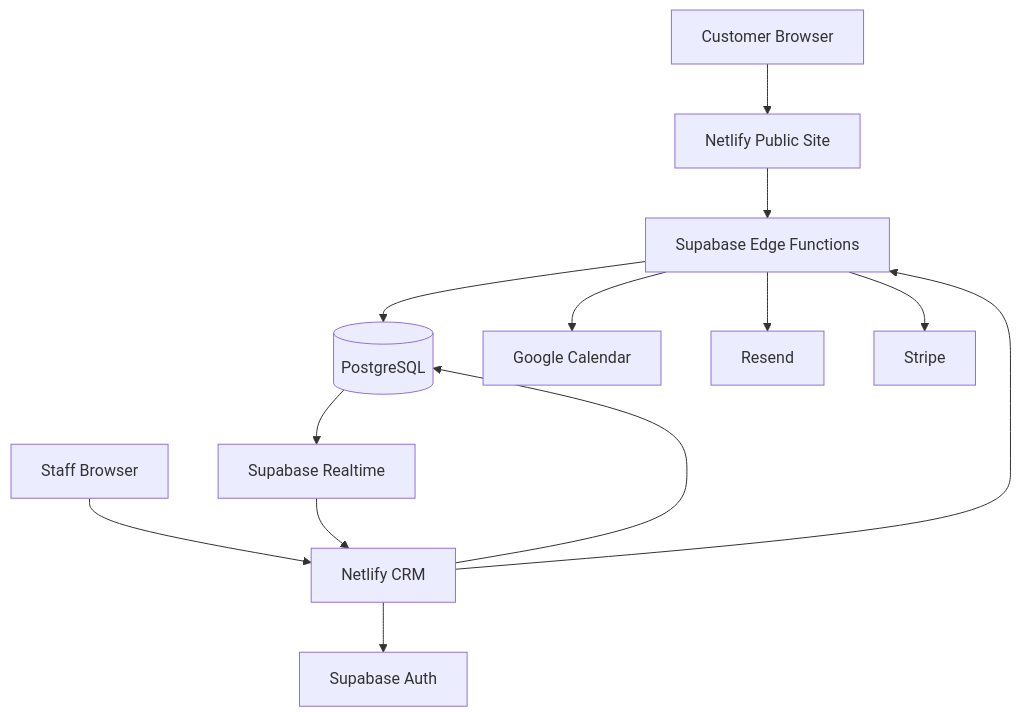
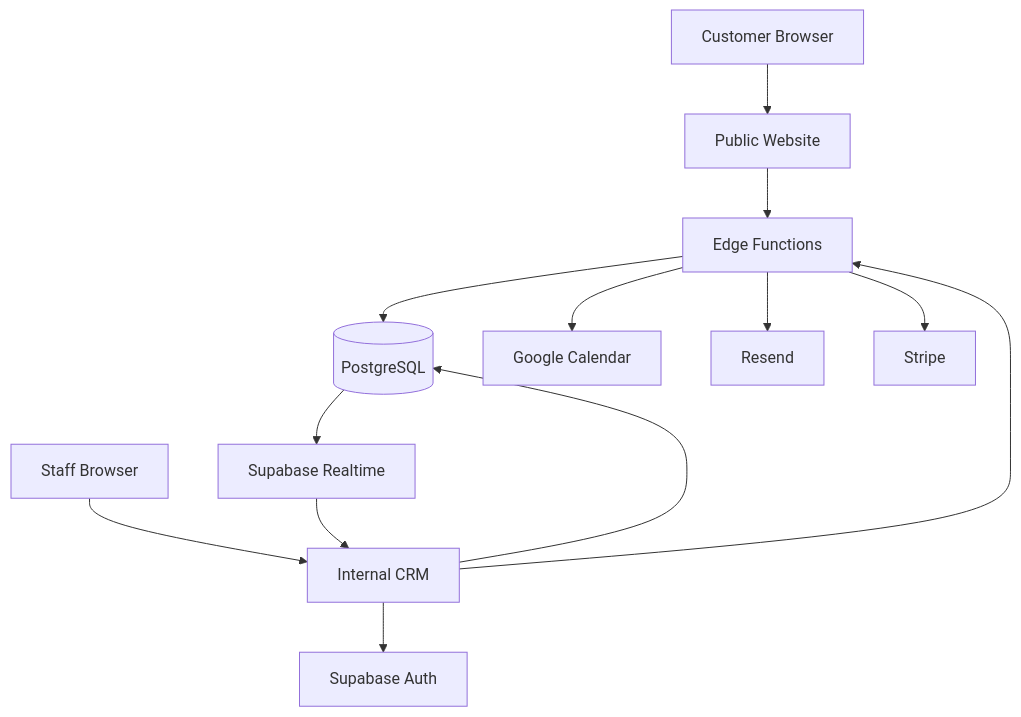
One commit to kaymade/golden-years-case-study changed the first of 2 diagrams in README.md. Above: the diagram before and after it, drawn with Mermaid. The commit also changed other lines of this file and 4 other files, not shown here.

````diff
--- a/README.md
+++ b/README.md
@@ -149,32 +62,32 @@
 ```mermaid
 flowchart TD
     Customer[Customer Browser]
     Staff[Staff Browser]
 
-    Public[Netlify Public Site]
-    CRM[Netlify CRM]
+    Public[Public Website]
+    CRM[Internal CRM]
 
     Auth[Supabase Auth]
-    Functions[Supabase Edge Functions]
+    Functions[Edge Functions]
     DB[(PostgreSQL)]
     Realtime[Supabase Realtime]
 
     Calendar[Google Calendar]
     Email[Resend]
     Stripe[Stripe]
 
     Customer --> Public
     Public --> Functions
 
     Staff --> CRM
     CRM --> Auth
     CRM --> DB
     DB --> Realtime
     Realtime --> CRM
     CRM --> Functions
 
     Functions --> DB
     Functions --> Calendar
     Functions --> Email
     Functions --> Stripe
 ```
````
